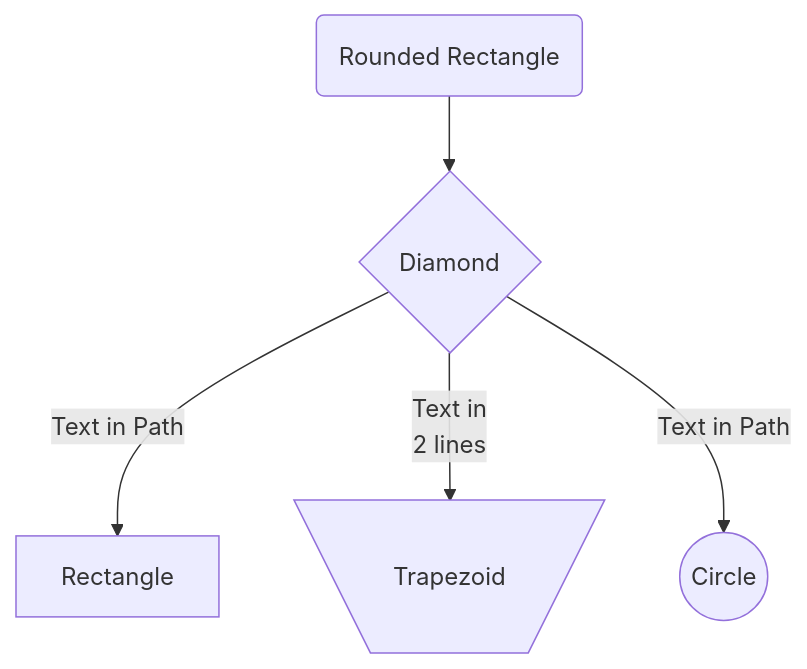
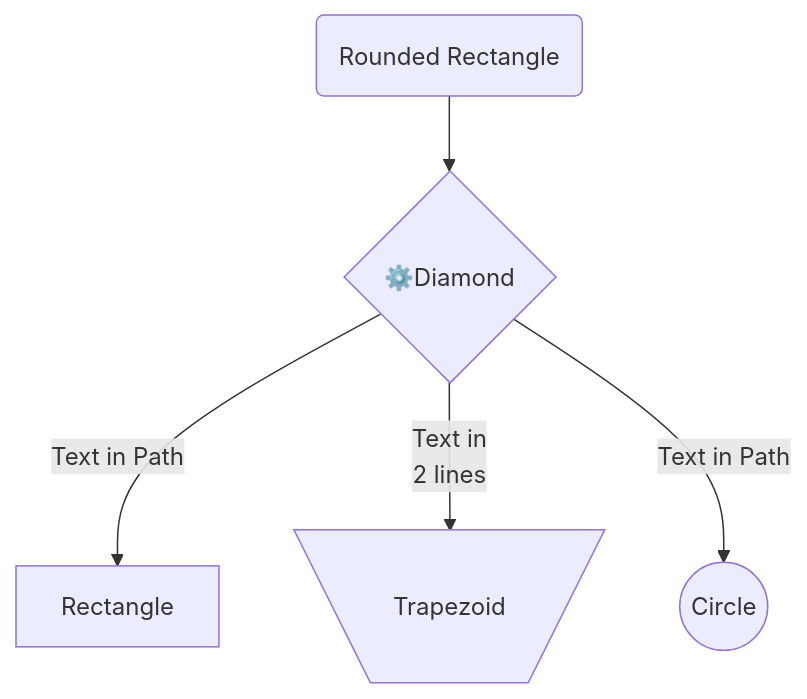
The first of 5 diagrams in README.md (PastranaDigital/mermaid-presentation), drawn with Mermaid before and after one commit.

Commit message:
demo prepped

````diff
--- a/README.md
+++ b/README.md
@@ -7,11 +7,11 @@
 ```mermaid
 graph TD
 
-    Name_of_B(Rounded Rectangle) --> Name_of_C{Diamond}
+    Name_of_B(Rounded Rectangle) --> Name_of_C{"⚙️Diamond"}
 
     Name_of_C -->|Text in Path| Name_of_D[Rectangle]
 
     Name_of_C -->|Text in <br> 2 lines| Name_of_E[\<br>Trapezoid<br><br>/]
 
     Name_of_C -->|Text in Path| Name_of_F((Circle))
 ```
````
